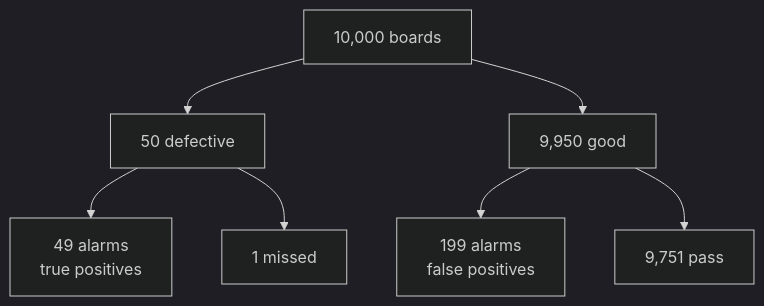
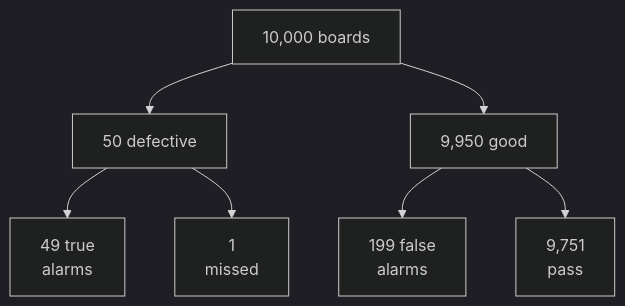
Before and after one commit to acrr-asia/acrr: the first of 2 diagrams in src/content/blog/probability-and-statistical-reasoning.mdx, drawn with Mermaid (dark theme). The commit also changed 5 other files, not shown here.

````diff
--- a/src/content/blog/probability-and-statistical-reasoning.mdx
+++ b/src/content/blog/probability-and-statistical-reasoning.mdx
@@ -181,9 +181,9 @@
 ```mermaid
 flowchart TB
     A["10,000 boards"] --> D["50 defective"]
     A --> G["9,950 good"]
-    D --> DA["49 alarms<br/>true positives"]
-    D --> DN["1 missed"]
-    G --> GA["199 alarms<br/>false positives"]
-    G --> GN["9,751 pass"]
+    D --> DA["49 true<br/>alarms"]
+    D --> DN["1<br/>missed"]
+    G --> GA["199 false<br/>alarms"]
+    G --> GN["9,751<br/>pass"]
 ```
````
